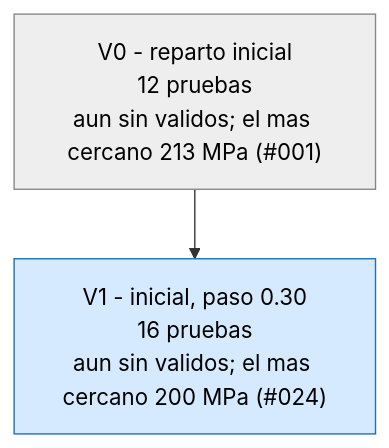
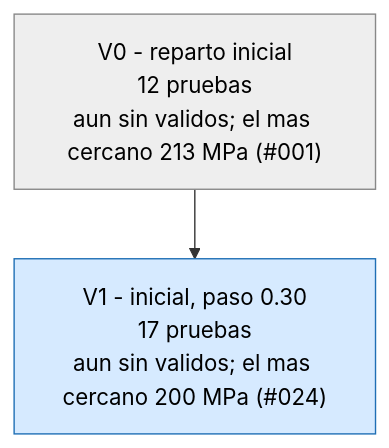
The first of 3 diagrams in runs/opt_37800N/ARBOL.md (Hugiko/msd-soporte-optimizacion), drawn with Mermaid before and after one commit. The commit also changed 19 other files, not shown here.

````diff
--- a/runs/opt_37800N/ARBOL.md
+++ b/runs/opt_37800N/ARBOL.md
@@ -9,9 +9,9 @@
 ```mermaid
 graph TD
 classDef activa fill:#d6eaff,stroke:#1f6fb5,color:#000
 classDef fin fill:#eeeeee,stroke:#888,color:#000
 classDef mejor fill:#c8f0c0,stroke:#1a9850,stroke-width:4px,color:#000
 V0["V0 - reparto inicial<br/>12 pruebas<br/>aun sin validos; el mas cercano 213 MPa (#001)"]:::fin
-V1["V1 - inicial, paso 0.30<br/>16 pruebas<br/>aun sin validos; el mas cercano 200 MPa (#024)"]:::activa
+V1["V1 - inicial, paso 0.30<br/>17 pruebas<br/>aun sin validos; el mas cercano 200 MPa (#024)"]:::activa
 V0 --> V1
 ```
````
